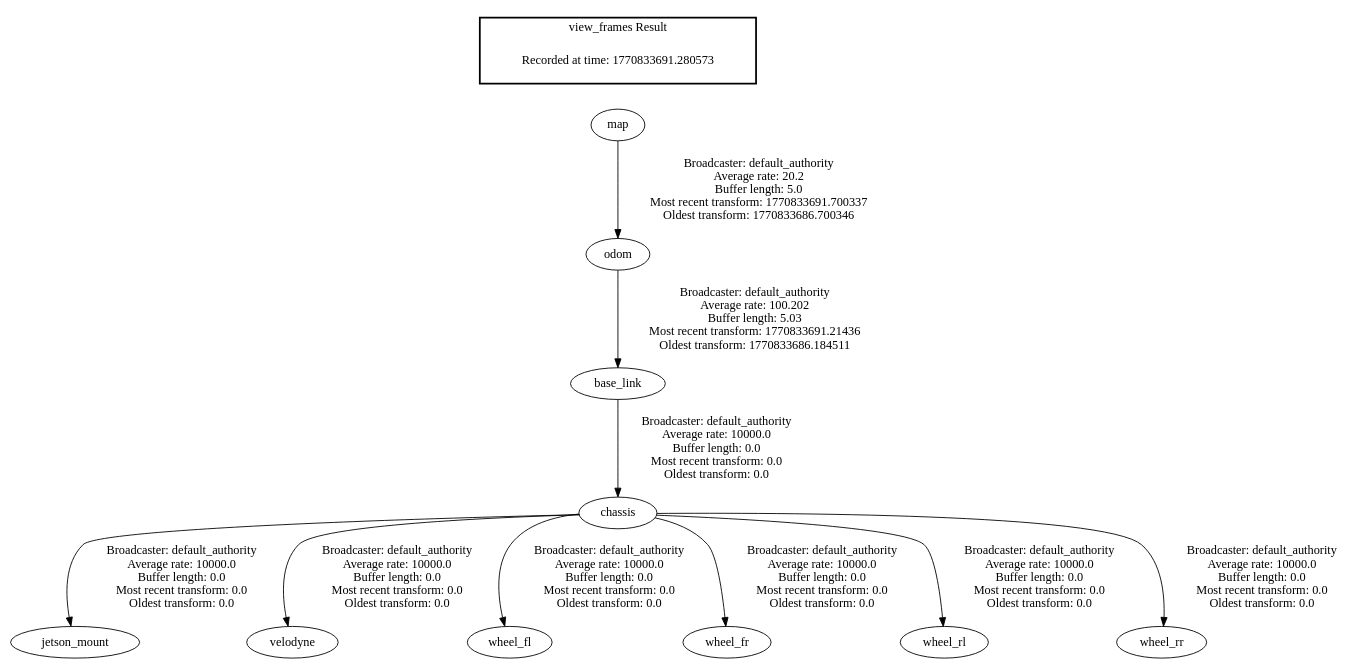
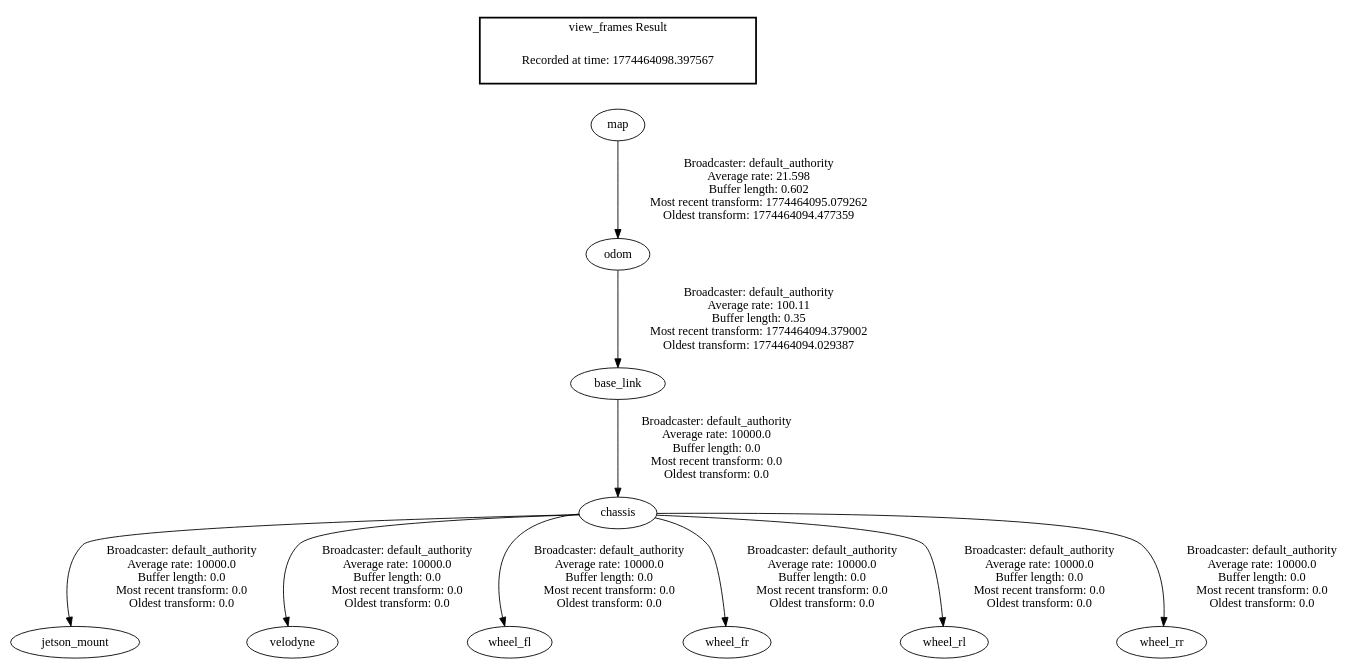
One commit to lukasderia/ros2_leo_ws changed the diagram in frames.gv. Above: the diagram before and after it, drawn with Graphviz. The commit also changed 3 other files, not shown here.

```diff
--- a/frames.gv
+++ b/frames.gv
@@ -1,15 +1,15 @@
 digraph G {
 "base_link" -> "chassis"[label=" Broadcaster: default_authority\nAverage rate: 10000.0\nBuffer length: 0.0\nMost recent transform: 0.0\nOldest transform: 0.0\n"];
-"odom" -> "base_link"[label=" Broadcaster: default_authority\nAverage rate: 100.202\nBuffer length: 5.03\nMost recent transform: 1770833691.21436\nOldest transform: 1770833686.184511\n"];
+"odom" -> "base_link"[label=" Broadcaster: default_authority\nAverage rate: 100.11\nBuffer length: 0.35\nMost recent transform: 1774464094.379002\nOldest transform: 1774464094.029387\n"];
 "chassis" -> "jetson_mount"[label=" Broadcaster: default_authority\nAverage rate: 10000.0\nBuffer length: 0.0\nMost recent transform: 0.0\nOldest transform: 0.0\n"];
 "chassis" -> "velodyne"[label=" Broadcaster: default_authority\nAverage rate: 10000.0\nBuffer length: 0.0\nMost recent transform: 0.0\nOldest transform: 0.0\n"];
 "chassis" -> "wheel_fl"[label=" Broadcaster: default_authority\nAverage rate: 10000.0\nBuffer length: 0.0\nMost recent transform: 0.0\nOldest transform: 0.0\n"];
 "chassis" -> "wheel_fr"[label=" Broadcaster: default_authority\nAverage rate: 10000.0\nBuffer length: 0.0\nMost recent transform: 0.0\nOldest transform: 0.0\n"];
 "chassis" -> "wheel_rl"[label=" Broadcaster: default_authority\nAverage rate: 10000.0\nBuffer length: 0.0\nMost recent transform: 0.0\nOldest transform: 0.0\n"];
 "chassis" -> "wheel_rr"[label=" Broadcaster: default_authority\nAverage rate: 10000.0\nBuffer length: 0.0\nMost recent transform: 0.0\nOldest transform: 0.0\n"];
-"map" -> "odom"[label=" Broadcaster: default_authority\nAverage rate: 20.2\nBuffer length: 5.0\nMost recent transform: 1770833691.700337\nOldest transform: 1770833686.700346\n"];
+"map" -> "odom"[label=" Broadcaster: default_authority\nAverage rate: 21.598\nBuffer length: 0.602\nMost recent transform: 1774464095.079262\nOldest transform: 1774464094.477359\n"];
 edge [style=invis];
  subgraph cluster_legend { style=bold; color=black; label ="view_frames Result";
-"Recorded at time: 1770833691.280573"[ shape=plaintext ] ;
+"Recorded at time: 1774464098.397567"[ shape=plaintext ] ;
 }->"map";
 }
```
